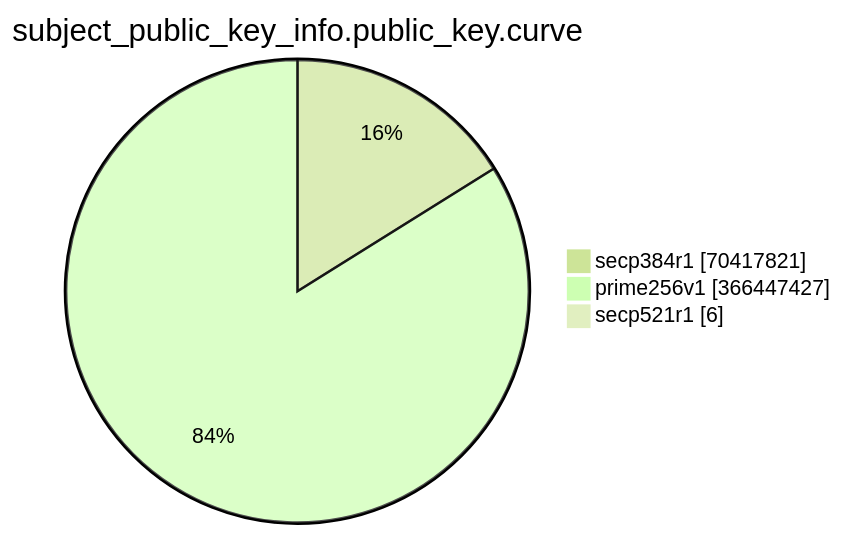
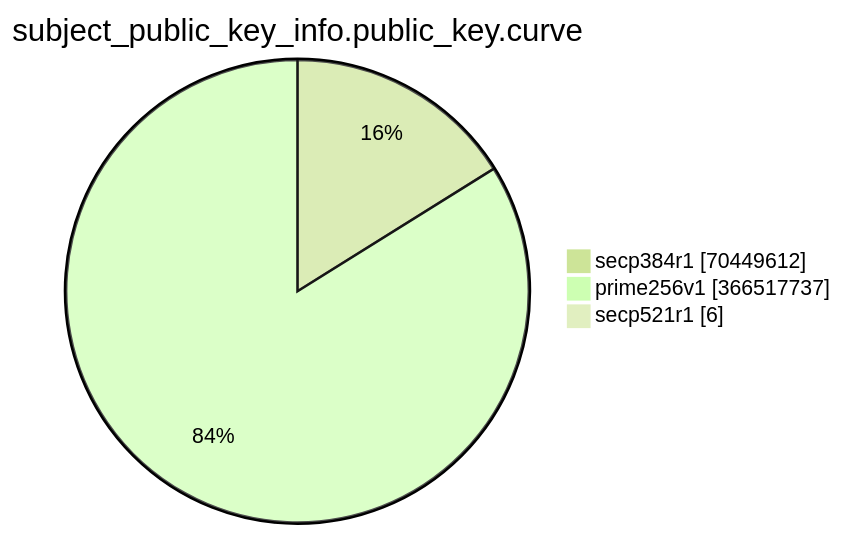
One commit to christiankrug/ctmonitor_visualization changed the eighth of 15 diagrams in TOTAL/README.md. Above: the diagram before and after it, drawn with Mermaid (forest theme). The commit also changed other lines of this file, not shown here.

````diff
--- a/TOTAL/README.md
+++ b/TOTAL/README.md
@@ -3093,7 +3093,7 @@
 ```mermaid
 pie showData
 title subject_public_key_info.public_key.curve
-"secp384r1" :70417821
-"prime256v1" :366447427
+"secp384r1" :70449612
+"prime256v1" :366517737
 "secp521r1" :6
 ```
````
